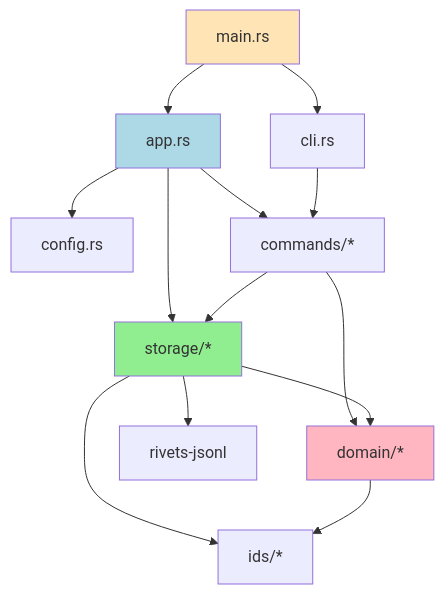
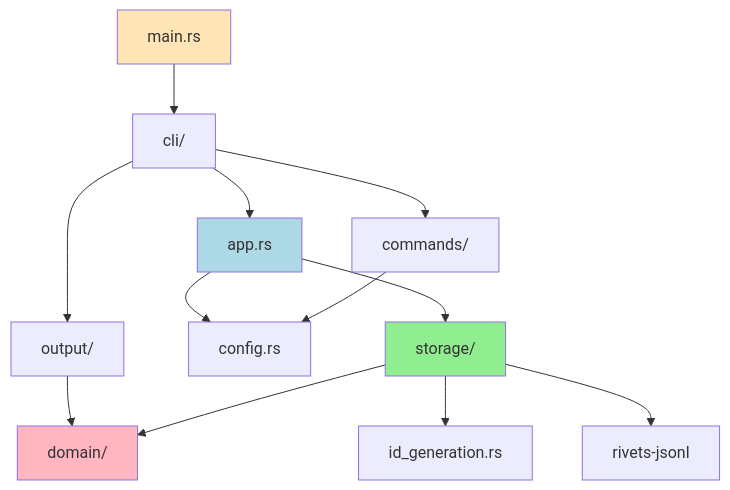
One commit to dwalleck/rivets changed the second of 5 diagrams in docs/module-structure.md. Above: the diagram before and after it, drawn with Mermaid. The commit also changed other lines of this file and 6 other files, not shown here.

````diff
--- a/docs/module-structure.md
+++ b/docs/module-structure.md
@@ -130,25 +130,23 @@
 ```mermaid
 graph TD
-    Main[main.rs] --> App[app.rs]
-    Main --> CLI[cli.rs]
+    Main[main.rs] --> CLI[cli/]
+
+    CLI --> App[app.rs]
+    CLI --> Commands[commands/]
+    CLI --> Output[output/]
 
     App --> Config[config.rs]
-    App --> Storage[storage/*]
-    App --> Commands[commands/*]
+    App --> Storage[storage/]
 
-    CLI --> Commands
-
-    Commands --> Domain[domain/*]
-    Commands --> Storage
+    Commands --> Config
+    Output --> Domain[domain/]
 
     Storage --> Domain
-    Storage --> IDs[ids/*]
+    Storage --> IDs[id_generation.rs]
     Storage --> JSONL[rivets-jsonl]
-
-    Domain --> IDs
 
     style Main fill:#FFE4B5
     style App fill:#ADD8E6
     style Storage fill:#90EE90
     style Domain fill:#FFB6C1
 ```
````
